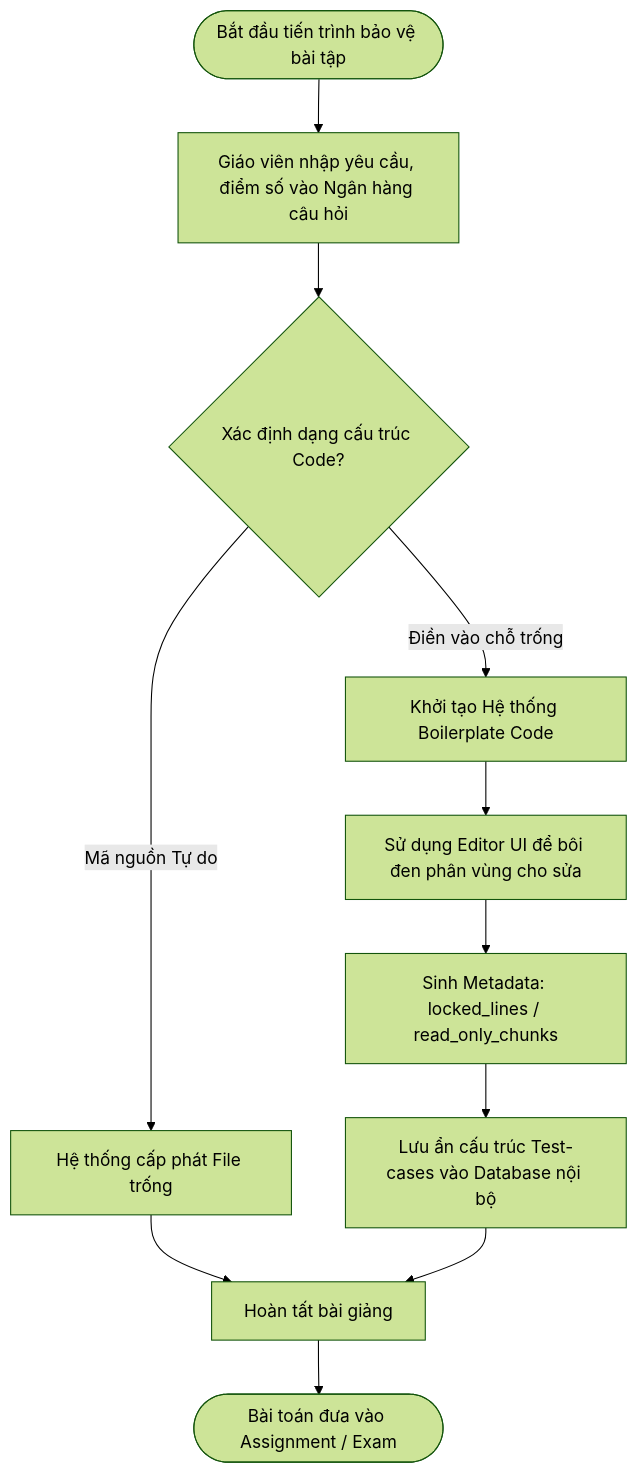
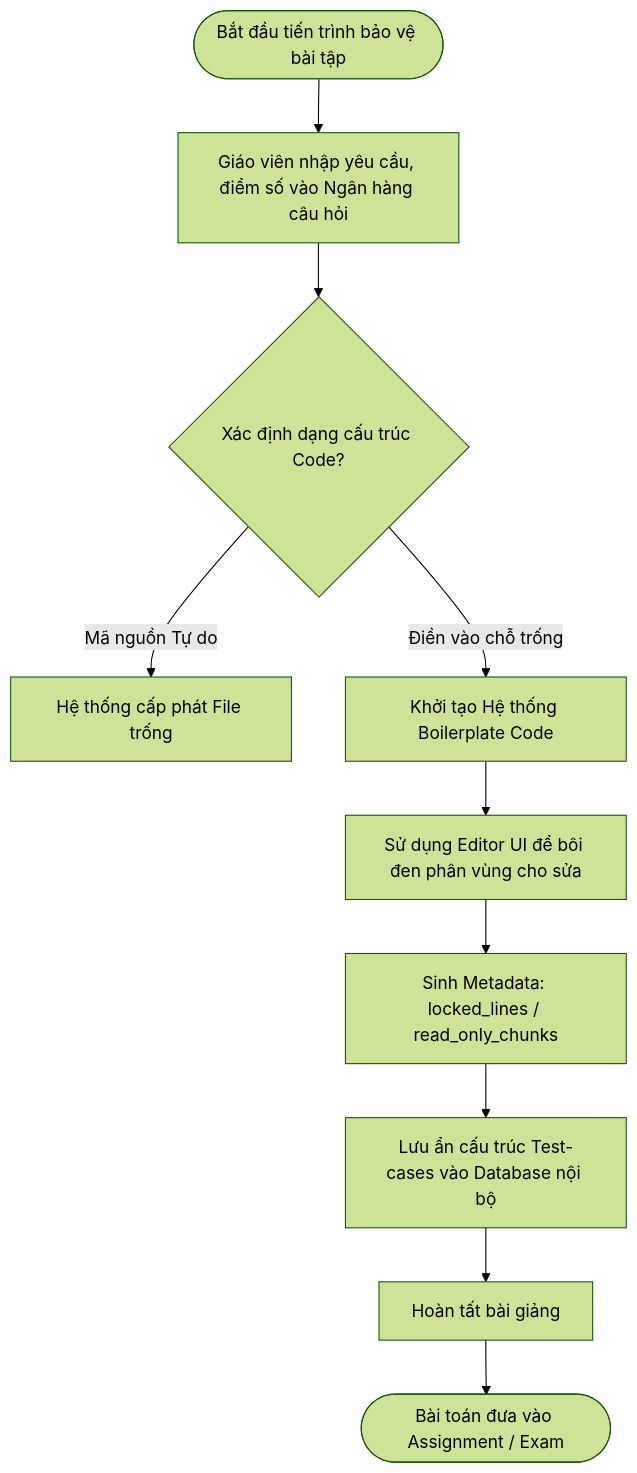
The third of 8 diagrams in CodeLearn_BaoCao/03_Chapter_3_Design.md (ARPHAM/codelearn-fe), drawn with Mermaid (forest theme) before and after one commit. The commit also changed other lines of this file and 3 other files, not shown here.

````diff
--- a/CodeLearn_BaoCao/03_Chapter_3_Design.md
+++ b/CodeLearn_BaoCao/03_Chapter_3_Design.md
@@ -110,13 +110,12 @@
 ```mermaid
 flowchart TD
     Start([Bắt đầu tiến trình bảo vệ bài tập]) --> A[Giáo viên nhập yêu cầu, điểm số vào Ngân hàng câu hỏi]
     A --> B{Xác định dạng cấu trúc Code?}
     B -->|Mã nguồn Tự do| C[Hệ thống cấp phát File trống]
     B -->|Điền vào chỗ trống| D[Khởi tạo Hệ thống Boilerplate Code]
     D --> E[Sử dụng Editor UI để bôi đen phân vùng cho sửa]
     E --> F[Sinh Metadata: locked_lines / read_only_chunks]
     F --> G[Lưu ẩn cấu trúc Test-cases vào Database nội bộ]
-    C --> H[Hoàn tất bài giảng]
-    G --> H
+    G --> H[Hoàn tất bài giảng]
     H --> End([Bài toán đưa vào Assignment / Exam])
 ```
````
